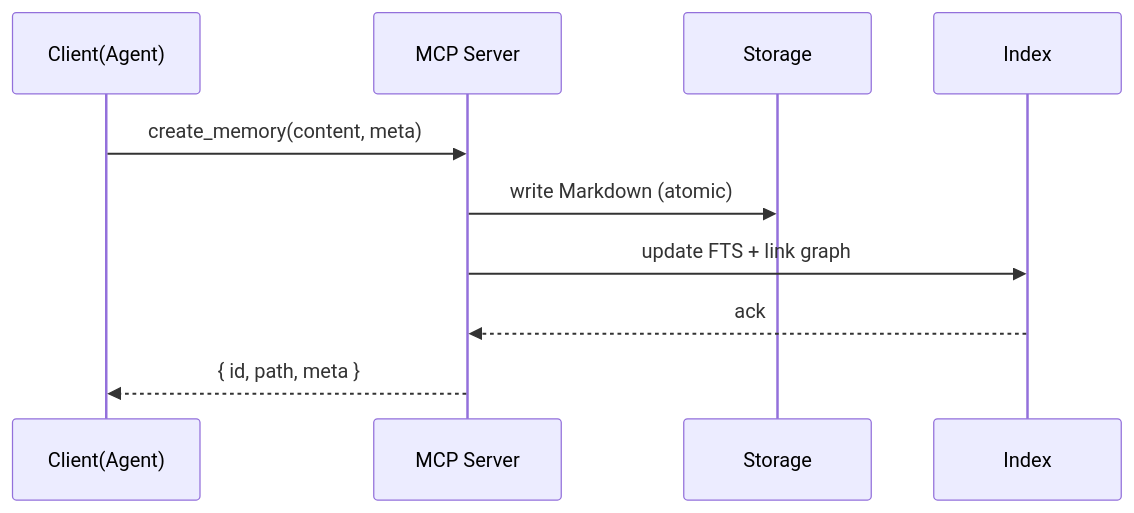
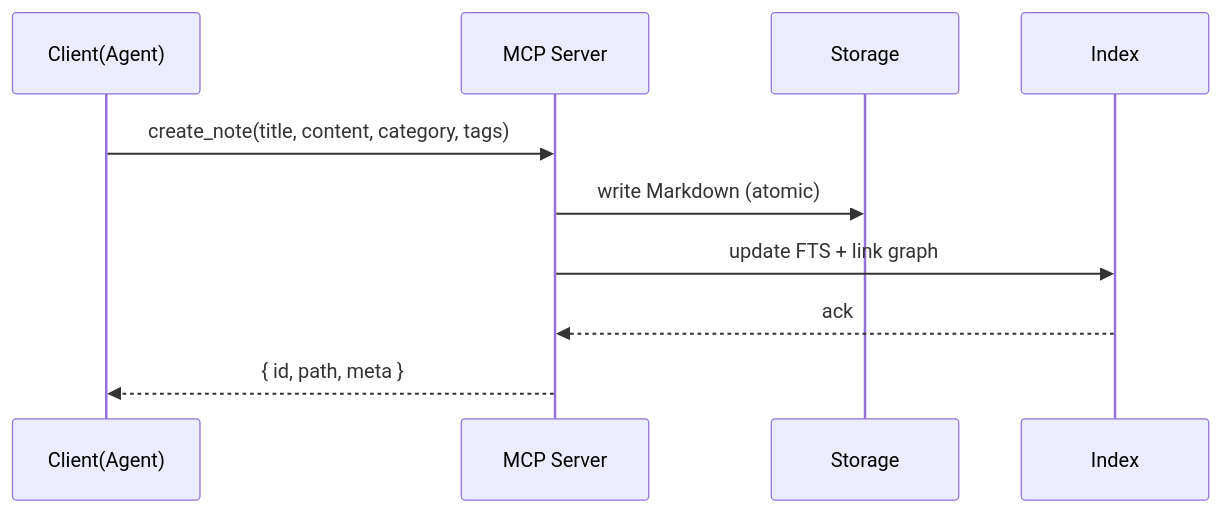
The first of 2 diagrams in docs/ARCHITECTURE.md (inchan/zettel-memory), drawn with Mermaid before and after one commit. The commit also changed other lines of this file and 5 other files, not shown here.

````diff
--- a/docs/ARCHITECTURE.md
+++ b/docs/ARCHITECTURE.md
@@ -19,13 +19,13 @@
 ```mermaid
 sequenceDiagram
     participant Client as Client(Agent)
     participant MCP as MCP Server
     participant Storage as Storage
     participant Index as Index
 
-    Client->>MCP: create_memory(content, meta)
+    Client->>MCP: create_note(title, content, category, tags)
     MCP->>Storage: write Markdown (atomic)
     MCP->>Index: update FTS + link graph
     Index-->>MCP: ack
     MCP-->>Client: { id, path, meta }
 ```
````
